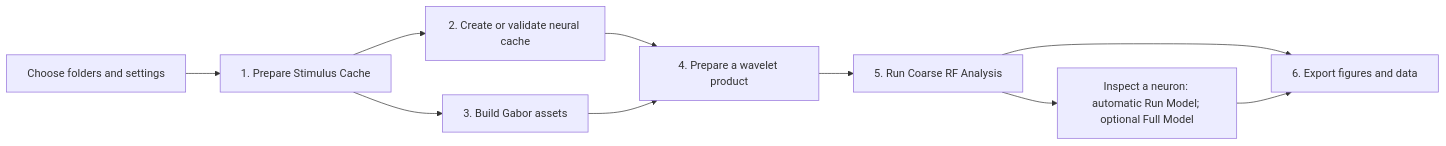
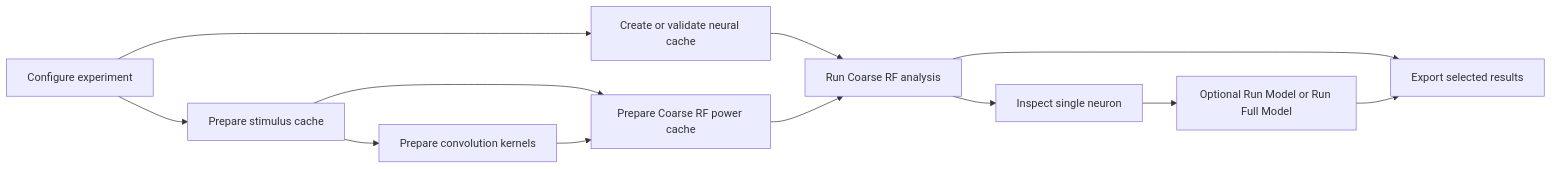
The diagram in docs/tutorials/first-gui-analysis.md (abdwaleed/waven), drawn with Mermaid before and after one commit. The commit also changed other lines of this file and 46 other files, not shown here.

````diff
--- a/docs/tutorials/first-gui-analysis.md
+++ b/docs/tutorials/first-gui-analysis.md
@@ -7,12 +7,13 @@
 ```mermaid
 flowchart LR
-  A["Choose folders and settings"] --> B["1. Prepare Stimulus Cache"]
-  B --> C["2. Create or validate neural cache"]
-  B --> D["3. Build Gabor assets"]
-  C --> E["4. Prepare a wavelet product"]
-  D --> E
-  E --> F["5. Run Coarse RF Analysis"]
-  F --> G["Inspect a neuron: automatic Run Model; optional Full Model"]
-  F --> H["6. Export figures and data"]
-  G --> H
+    A["Configure experiment"] --> B["Prepare stimulus cache"]
+    A --> C["Create or validate neural cache"]
+    B --> D["Prepare convolution kernels"]
+    B --> E["Prepare Coarse RF power cache"]
+    C --> F["Run Coarse RF analysis"]
+    D --> E --> F
+    F --> G["Inspect single neuron"]
+    G --> H["Optional Run Model or Run Full Model"]
+    F --> I["Export selected results"]
+    H --> I
 ```
````
